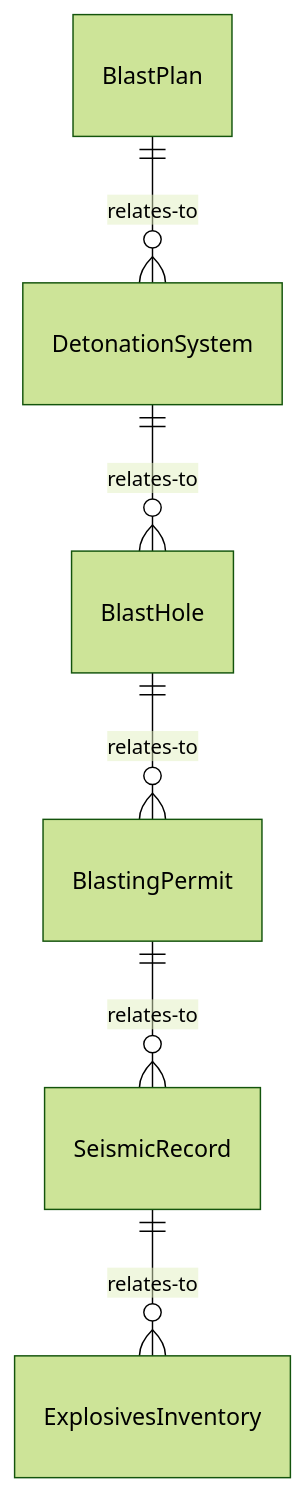
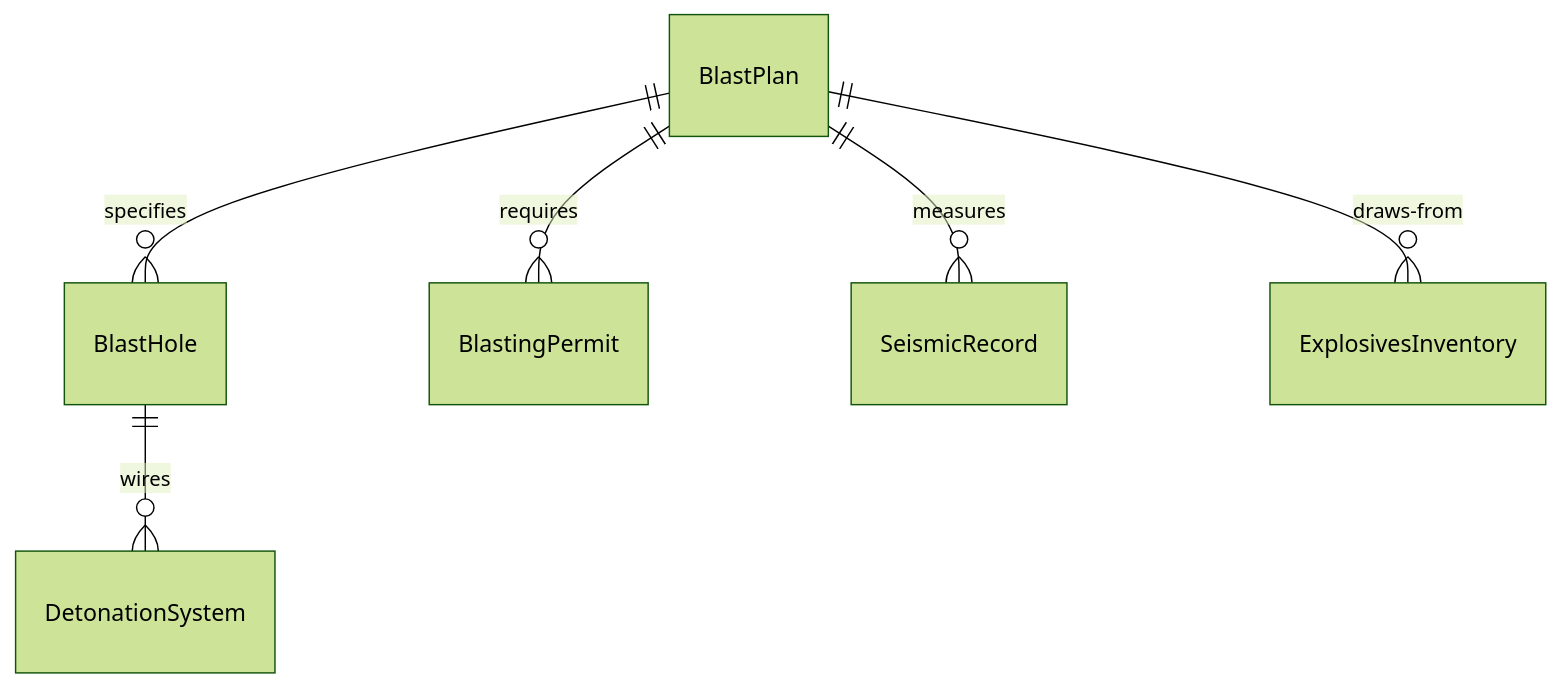
One commit to dot-org-ai/tasks.org.ai changed the first of 4 diagrams in ControllingMachinesAndProcesses/OperateConstructionOrExcavationEquipment/OperateDetonationEquipment.mdx. Above: the diagram before and after it, drawn with Mermaid (forest theme). The commit also changed other lines of this file and 515 other files, not shown here.

````diff
--- a/ControllingMachinesAndProcesses/OperateConstructionOrExcavationEquipment/OperateDetonationEquipment.mdx
+++ b/ControllingMachinesAndProcesses/OperateConstructionOrExcavationEquipment/OperateDetonationEquipment.mdx
@@ -87,8 +87,8 @@
 ```mermaid
 erDiagram
-    BlastPlan ||--o{ DetonationSystem : relates-to
-    DetonationSystem ||--o{ BlastHole : relates-to
-    BlastHole ||--o{ BlastingPermit : relates-to
-    BlastingPermit ||--o{ SeismicRecord : relates-to
-    SeismicRecord ||--o{ ExplosivesInventory : relates-to
+    BlastPlan ||--o{ BlastHole : specifies
+    BlastHole ||--o{ DetonationSystem : wires
+    BlastPlan ||--o{ BlastingPermit : requires
+    BlastPlan ||--o{ SeismicRecord : measures
+    BlastPlan ||--o{ ExplosivesInventory : draws-from
 ```
````
